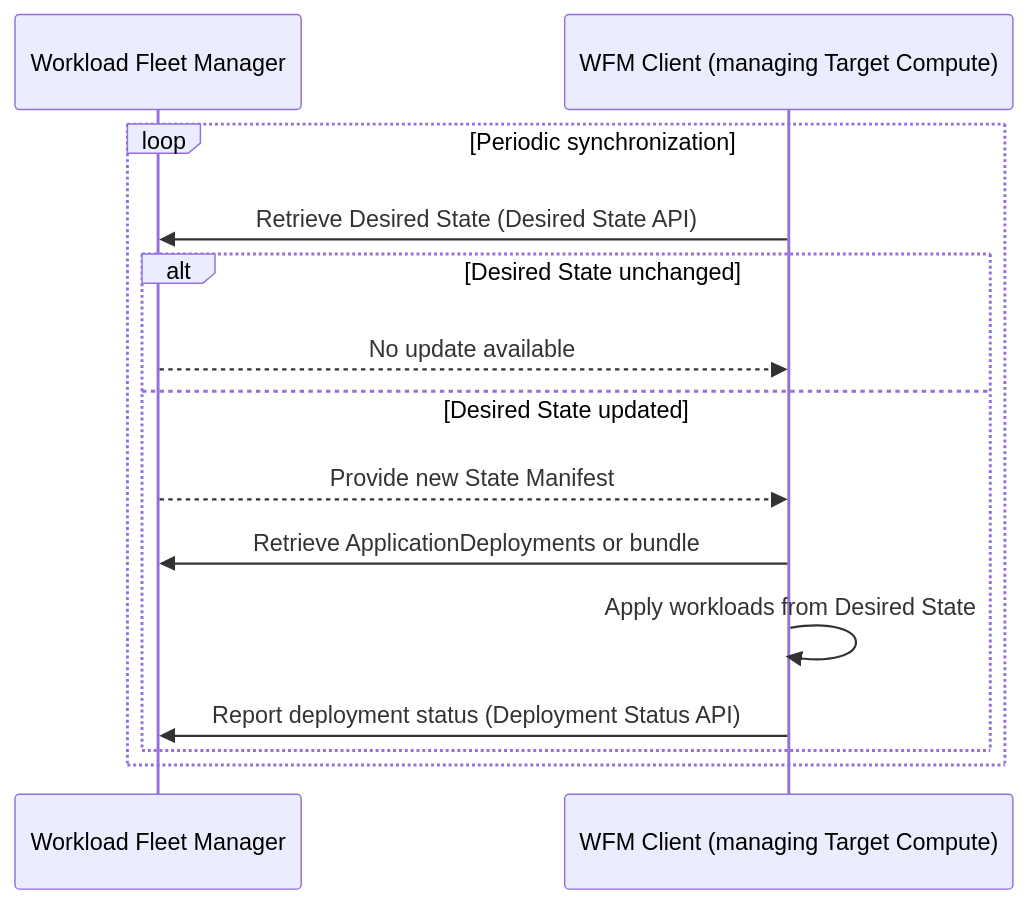
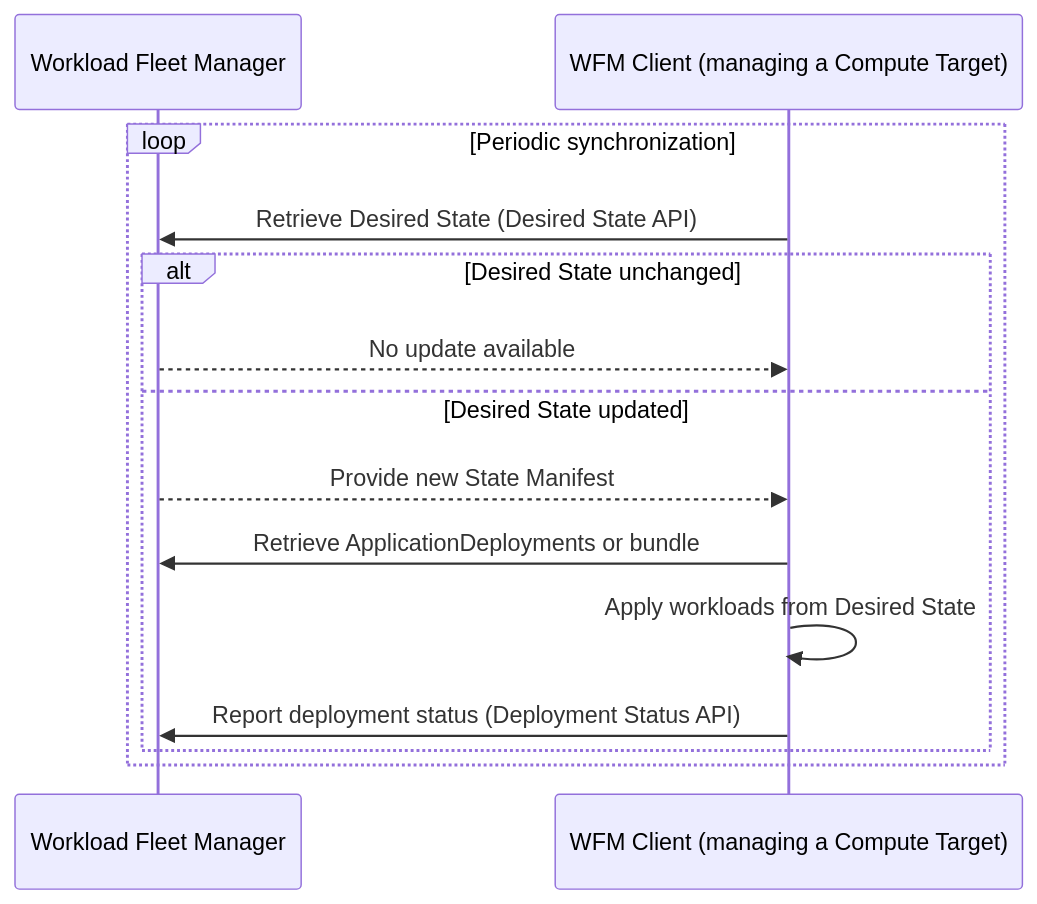
Before and after one commit to margo/general_website_content: the diagram in system-design/concepts/workload-fleet-managers/workload-deployment.md, drawn with Mermaid. The commit also changed other lines of this file and 10 other files, not shown here.

````diff
--- a/system-design/concepts/workload-fleet-managers/workload-deployment.md
+++ b/system-design/concepts/workload-fleet-managers/workload-deployment.md
@@ -94,18 +94,18 @@
 ```mermaid
 sequenceDiagram
     participant WFM as Workload Fleet Manager
-    participant Client as WFM Client (managing Target Compute)
+    participant Client as WFM Client (managing a Compute Target)
 
     loop Periodic synchronization
         Client->>WFM: Retrieve Desired State (Desired State API)
         alt Desired State unchanged
             WFM-->>Client: No update available
         else Desired State updated
             WFM-->>Client: Provide new State Manifest
             Client->>WFM: Retrieve ApplicationDeployments or bundle
             Client->>Client: Apply workloads from Desired State
             Client->>WFM: Report deployment status (Deployment Status API)
         end
     end
 
 ```
````
